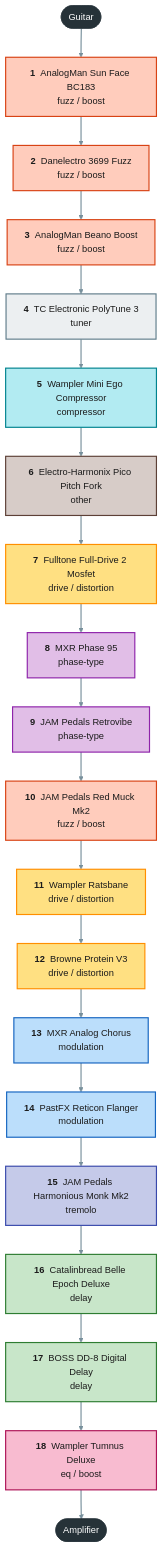
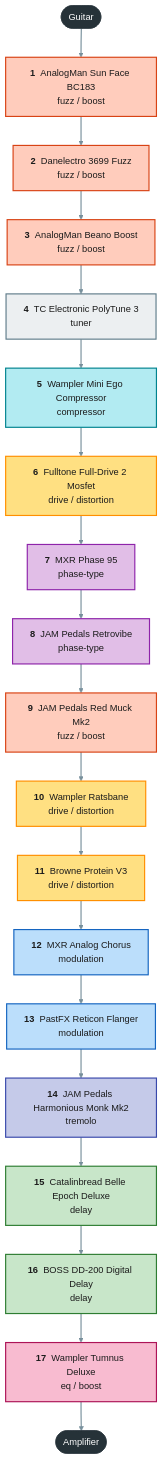
Before and after one commit to pedroacvieira/pedalboard: the diagram in projects/guitar-gig/signal-chain.mmd, drawn with Mermaid. The commit also changed 8 other files, not shown here.

First line of the commit message:
guitar-gig: 2026-11-04 layout, DD-200 replaces the DD-8, Pico Pitch Fork removed

```diff
--- a/projects/guitar-gig/signal-chain.mmd
+++ b/projects/guitar-gig/signal-chain.mmd
@@ -1,34 +1,32 @@
 flowchart TB
     guitar(["Guitar"]):::endpoint
     sun_face["<b>1</b> &nbsp;AnalogMan Sun Face BC183<br/>fuzz / boost"]:::c_fuzz___boost
     danelectro_3699["<b>2</b> &nbsp;Danelectro 3699 Fuzz<br/>fuzz / boost"]:::c_fuzz___boost
     beano["<b>3</b> &nbsp;AnalogMan Beano Boost<br/>fuzz / boost"]:::c_fuzz___boost
     polytune_3["<b>4</b> &nbsp;TC Electronic PolyTune 3<br/>tuner"]:::c_tuner
     mini_ego["<b>5</b> &nbsp;Wampler Mini Ego Compressor<br/>compressor"]:::c_compressor
-    ehx_pico_pitch_fork["<b>6</b> &nbsp;Electro-Harmonix Pico Pitch Fork<br/>other"]:::c_other
-    fulldrive_2["<b>7</b> &nbsp;Fulltone Full-Drive 2 Mosfet<br/>drive / distortion"]:::c_drive___distortion
-    phase_95["<b>8</b> &nbsp;MXR Phase 95<br/>phase-type"]:::c_phase_type
-    retrovibe["<b>9</b> &nbsp;JAM Pedals Retrovibe<br/>phase-type"]:::c_phase_type
-    red_muck["<b>10</b> &nbsp;JAM Pedals Red Muck Mk2<br/>fuzz / boost"]:::c_fuzz___boost
-    ratsbane["<b>11</b> &nbsp;Wampler Ratsbane<br/>drive / distortion"]:::c_drive___distortion
-    protein["<b>12</b> &nbsp;Browne Protein V3<br/>drive / distortion"]:::c_drive___distortion
-    analog_chorus["<b>13</b> &nbsp;MXR Analog Chorus<br/>modulation"]:::c_modulation
-    reticon["<b>14</b> &nbsp;PastFX Reticon Flanger<br/>modulation"]:::c_modulation
-    monk["<b>15</b> &nbsp;JAM Pedals Harmonious Monk Mk2<br/>tremolo"]:::c_tremolo
-    belle_epoch["<b>16</b> &nbsp;Catalinbread Belle Epoch Deluxe<br/>delay"]:::c_delay
-    boss_dd8["<b>17</b> &nbsp;BOSS DD-8 Digital Delay<br/>delay"]:::c_delay
-    tumnus_deluxe["<b>18</b> &nbsp;Wampler Tumnus Deluxe<br/>eq / boost"]:::c_eq___boost
+    fulldrive_2["<b>6</b> &nbsp;Fulltone Full-Drive 2 Mosfet<br/>drive / distortion"]:::c_drive___distortion
+    phase_95["<b>7</b> &nbsp;MXR Phase 95<br/>phase-type"]:::c_phase_type
+    retrovibe["<b>8</b> &nbsp;JAM Pedals Retrovibe<br/>phase-type"]:::c_phase_type
+    red_muck["<b>9</b> &nbsp;JAM Pedals Red Muck Mk2<br/>fuzz / boost"]:::c_fuzz___boost
+    ratsbane["<b>10</b> &nbsp;Wampler Ratsbane<br/>drive / distortion"]:::c_drive___distortion
+    protein["<b>11</b> &nbsp;Browne Protein V3<br/>drive / distortion"]:::c_drive___distortion
+    analog_chorus["<b>12</b> &nbsp;MXR Analog Chorus<br/>modulation"]:::c_modulation
+    reticon["<b>13</b> &nbsp;PastFX Reticon Flanger<br/>modulation"]:::c_modulation
+    monk["<b>14</b> &nbsp;JAM Pedals Harmonious Monk Mk2<br/>tremolo"]:::c_tremolo
+    belle_epoch["<b>15</b> &nbsp;Catalinbread Belle Epoch Deluxe<br/>delay"]:::c_delay
+    boss_dd200["<b>16</b> &nbsp;BOSS DD-200 Digital Delay<br/>delay"]:::c_delay
+    tumnus_deluxe["<b>17</b> &nbsp;Wampler Tumnus Deluxe<br/>eq / boost"]:::c_eq___boost
     amp(["Amplifier"]):::endpoint
-    guitar --> sun_face --> danelectro_3699 --> beano --> polytune_3 --> mini_ego --> ehx_pico_pitch_fork --> fulldrive_2 --> phase_95 --> retrovibe --> red_muck --> ratsbane --> protein --> analog_chorus --> reticon --> monk --> belle_epoch --> boss_dd8 --> tumnus_deluxe --> amp
+    guitar --> sun_face --> danelectro_3699 --> beano --> polytune_3 --> mini_ego --> fulldrive_2 --> phase_95 --> retrovibe --> red_muck --> ratsbane --> protein --> analog_chorus --> reticon --> monk --> belle_epoch --> boss_dd200 --> tumnus_deluxe --> amp
     classDef endpoint fill:#263238,stroke:#263238,color:#ffffff
     classDef c_tuner fill:#eceff1,stroke:#607d8b,stroke-width:2px,color:#1b1b1b
     classDef c_compressor fill:#b2ebf2,stroke:#00838f,stroke-width:2px,color:#1b1b1b
     classDef c_fuzz___boost fill:#ffccbc,stroke:#d84315,stroke-width:2px,color:#1b1b1b
     classDef c_drive___distortion fill:#ffe082,stroke:#ff8f00,stroke-width:2px,color:#1b1b1b
     classDef c_phase_type fill:#e1bee7,stroke:#8e24aa,stroke-width:2px,color:#1b1b1b
     classDef c_modulation fill:#bbdefb,stroke:#1565c0,stroke-width:2px,color:#1b1b1b
     classDef c_tremolo fill:#c5cae9,stroke:#3949ab,stroke-width:2px,color:#1b1b1b
     classDef c_delay fill:#c8e6c9,stroke:#2e7d32,stroke-width:2px,color:#1b1b1b
     classDef c_eq___boost fill:#f8bbd0,stroke:#ad1457,stroke-width:2px,color:#1b1b1b
-    classDef c_other fill:#d7ccc8,stroke:#5d4037,stroke-width:2px,color:#1b1b1b
     linkStyle default stroke:#78909c,stroke-width:2px
```
